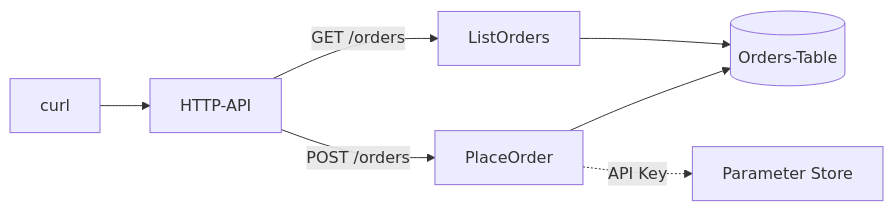
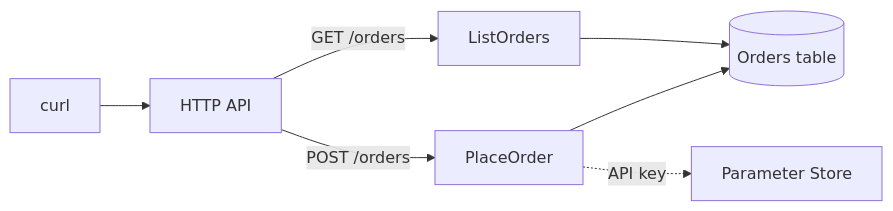
One commit to MikeBild/introduction-aws changed the diagram in exercises/17-aws-lab-end-to-end/README.md. Above: the diagram before and after it, drawn with Mermaid. The commit also changed other lines of this file and 617 other files, not shown here.

````diff
--- a/exercises/17-aws-lab-end-to-end/README.md
+++ b/exercises/17-aws-lab-end-to-end/README.md
@@ -9,9 +11,9 @@
 ```mermaid
 flowchart LR
-  c["curl"] --> api["HTTP-API"]
+  c["curl"] --> api["HTTP API"]
   api -- "POST /orders" --> place["PlaceOrder"]
   api -- "GET /orders" --> list["ListOrders"]
-  place --> t[("Orders-Table")]
+  place --> t[("Orders table")]
   list --> t
-  place -. "API Key" .-> s["Parameter Store"]
+  place -. "API key" .-> s["Parameter Store"]
 ```
````
